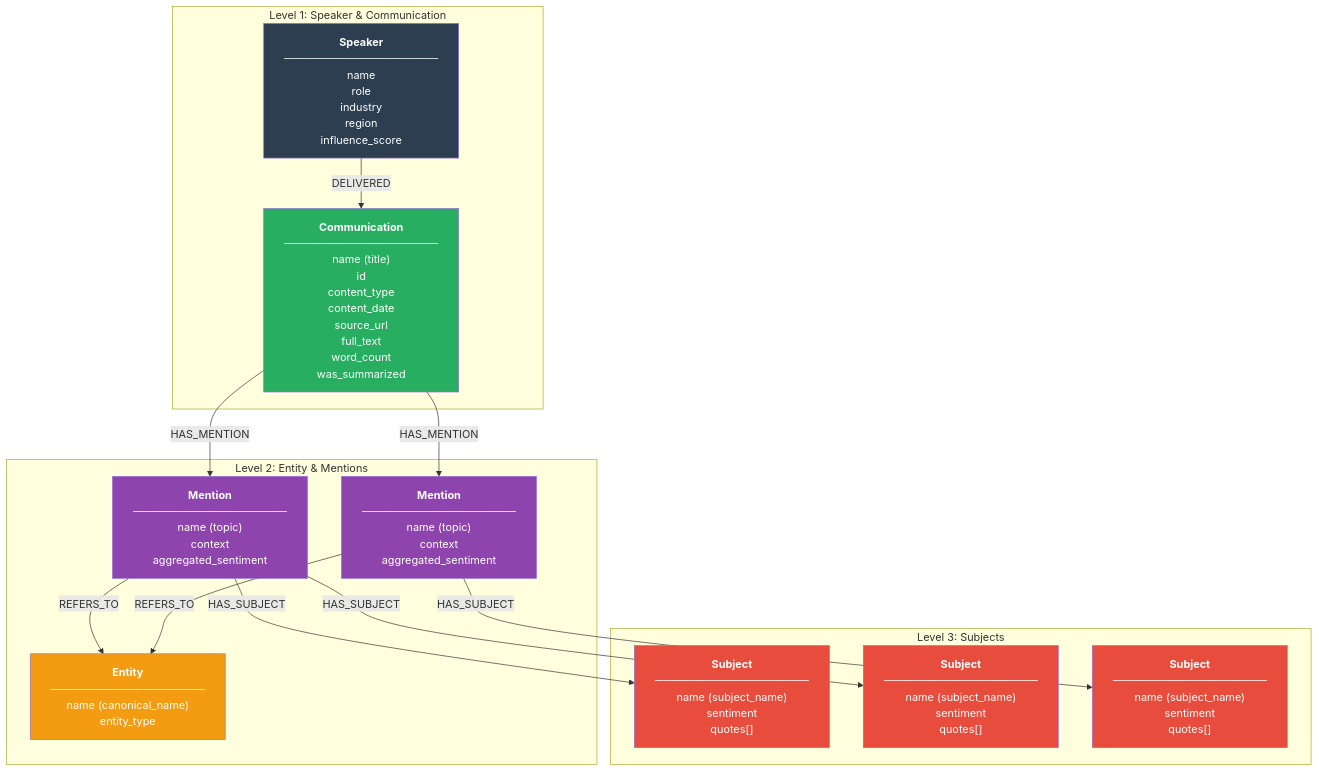
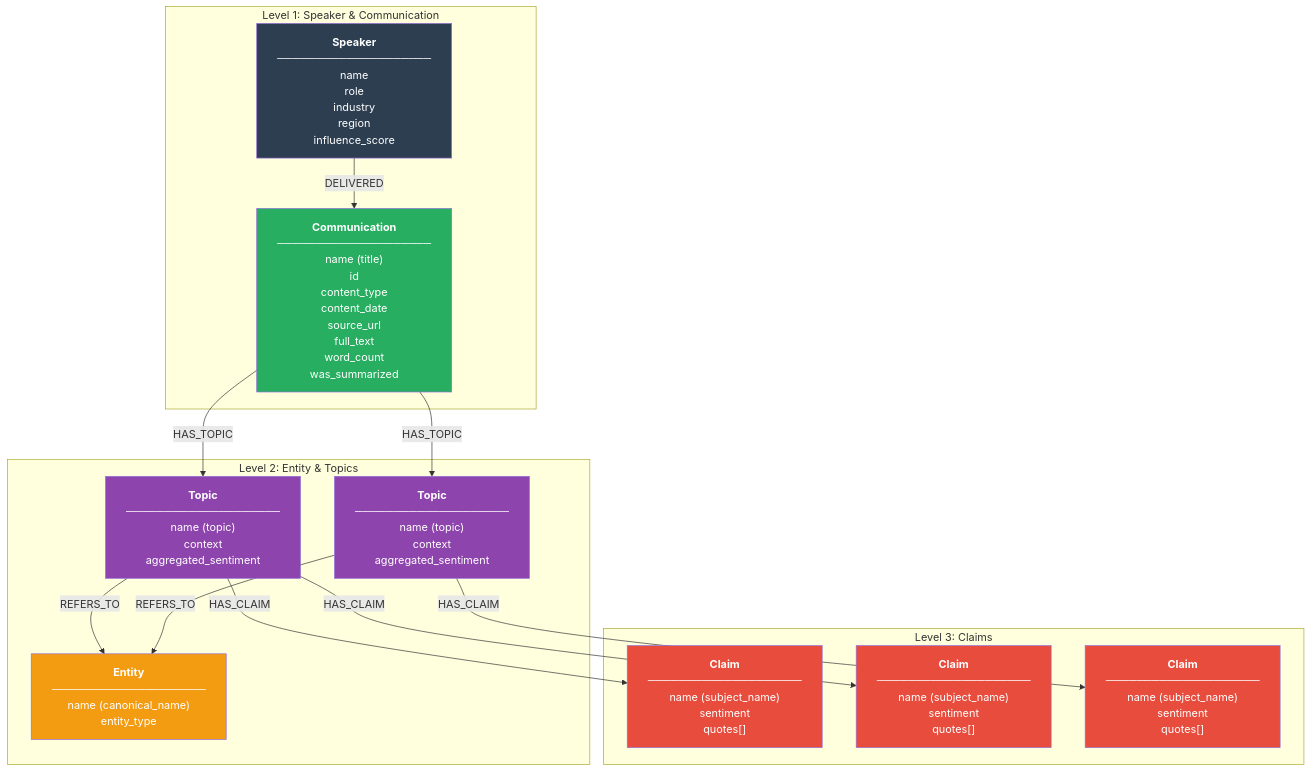
The fourth of 4 diagrams in documentation/architecture.md (dmitriyratu/DiscourseKG), drawn with Mermaid before and after one commit. The commit also changed other lines of this file and 29 other files, not shown here.

````diff
--- a/documentation/architecture.md
+++ b/documentation/architecture.md
@@ -334,37 +334,37 @@
 ```mermaid
 graph TB
     subgraph "Level 1: Speaker & Communication"
         S["<b>Speaker</b><br/>────────────────────<br/>name<br/>role<br/>industry<br/>region<br/>influence_score"]
         C["<b>Communication</b><br/>────────────────────<br/>name (title)<br/>id<br/>content_type<br/>content_date<br/>source_url<br/>full_text<br/>word_count<br/>was_summarized"]
     end
     
-    subgraph "Level 2: Entity & Mentions"
+    subgraph "Level 2: Entity & Topics"
         E["<b>Entity</b><br/>────────────────────<br/>name (canonical_name)<br/>entity_type"]
-        M1["<b>Mention</b><br/>────────────────────<br/>name (topic)<br/>context<br/>aggregated_sentiment"]
-        M2["<b>Mention</b><br/>────────────────────<br/>name (topic)<br/>context<br/>aggregated_sentiment"]
+        M1["<b>Topic</b><br/>────────────────────<br/>name (topic)<br/>context<br/>aggregated_sentiment"]
+        M2["<b>Topic</b><br/>────────────────────<br/>name (topic)<br/>context<br/>aggregated_sentiment"]
     end
     
-    subgraph "Level 3: Subjects"
-        SU1["<b>Subject</b><br/>────────────────────<br/>name (subject_name)<br/>sentiment<br/>quotes[]"]
-        SU2["<b>Subject</b><br/>────────────────────<br/>name (subject_name)<br/>sentiment<br/>quotes[]"]
-        SU3["<b>Subject</b><br/>────────────────────<br/>name (subject_name)<br/>sentiment<br/>quotes[]"]
+    subgraph "Level 3: Claims"
+        SU1["<b>Claim</b><br/>────────────────────<br/>name (subject_name)<br/>sentiment<br/>quotes[]"]
+        SU2["<b>Claim</b><br/>────────────────────<br/>name (subject_name)<br/>sentiment<br/>quotes[]"]
+        SU3["<b>Claim</b><br/>────────────────────<br/>name (subject_name)<br/>sentiment<br/>quotes[]"]
     end
     
     S -->|DELIVERED| C
-    C -->|HAS_MENTION| M1
-    C -->|HAS_MENTION| M2
+    C -->|HAS_TOPIC| M1
+    C -->|HAS_TOPIC| M2
     M1 -->|REFERS_TO| E
     M2 -->|REFERS_TO| E
-    M1 -->|HAS_SUBJECT| SU1
-    M1 -->|HAS_SUBJECT| SU2
-    M2 -->|HAS_SUBJECT| SU3
+    M1 -->|HAS_CLAIM| SU1
+    M1 -->|HAS_CLAIM| SU2
+    M2 -->|HAS_CLAIM| SU3
     
     style S fill:#2C3E50,color:#fff
     style C fill:#27AE60,color:#fff
     style E fill:#F39C12,color:#fff
     style M1 fill:#8E44AD,color:#fff
     style M2 fill:#8E44AD,color:#fff
     style SU1 fill:#E74C3C,color:#fff
     style SU2 fill:#E74C3C,color:#fff
     style SU3 fill:#E74C3C,color:#fff
 ```
````
